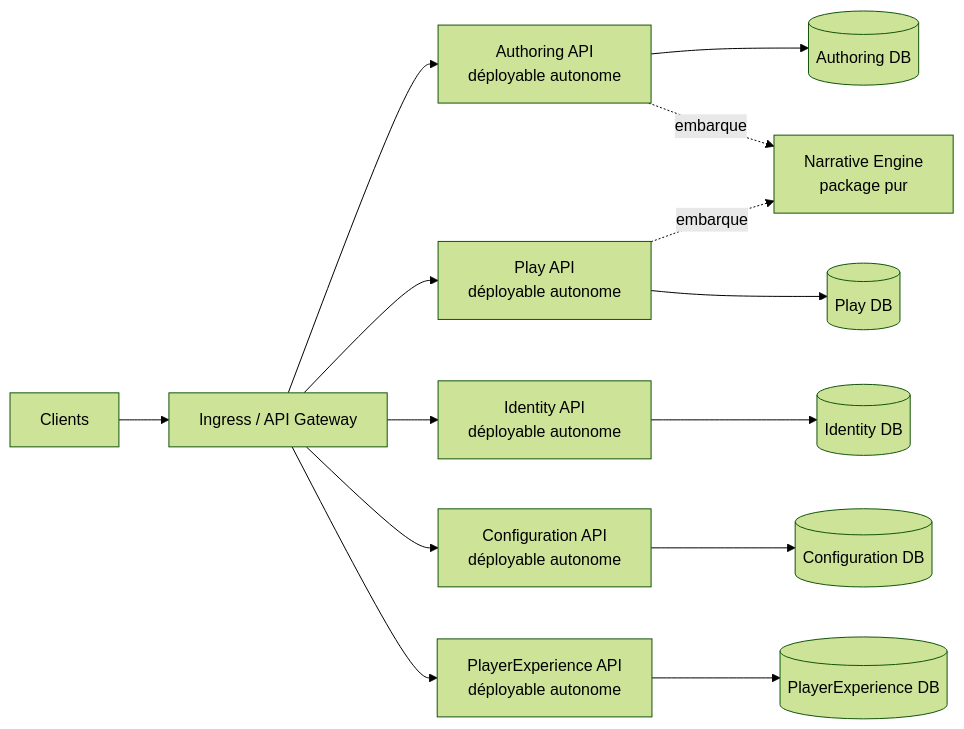
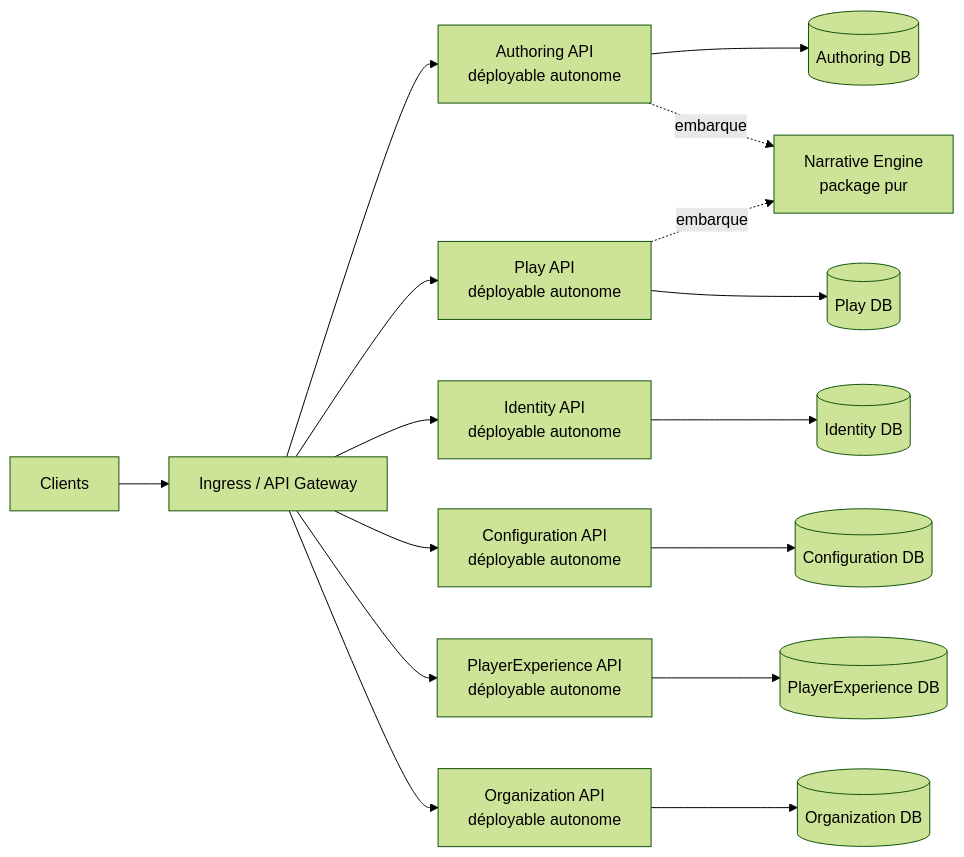
One commit to JordanLacroix/GenEngine changed the diagram in README.md. Above: the diagram before and after it, drawn with Mermaid (forest theme). The commit also changed other lines of this file and 47 other files, not shown here.

````diff
--- a/README.md
+++ b/README.md
@@ -151,16 +153,18 @@
 ```mermaid
 flowchart LR
     CLIENT["Clients"] --> EDGE["Ingress / API Gateway"]
     EDGE --> AUTHORING["Authoring API<br/>déployable autonome"]
     EDGE --> PLAY["Play API<br/>déployable autonome"]
     EDGE --> IDENTITY["Identity API<br/>déployable autonome"]
     EDGE --> CONFIG["Configuration API<br/>déployable autonome"]
     EDGE --> PLAYER["PlayerExperience API<br/>déployable autonome"]
+    EDGE --> ORG["Organization API<br/>déployable autonome"]
     AUTHORING --> AUTHORDB[("Authoring DB")]
     PLAY --> PLAYDB[("Play DB")]
     IDENTITY --> IDENTITYDB[("Identity DB")]
     CONFIG --> CONFIGDB[("Configuration DB")]
     PLAYER --> PLAYERDB[("PlayerExperience DB")]
+    ORG --> ORGDB[("Organization DB")]
     AUTHORING -. embarque .-> NARRATIVE["Narrative Engine<br/>package pur"]
     PLAY -. embarque .-> NARRATIVE
 ```
````
